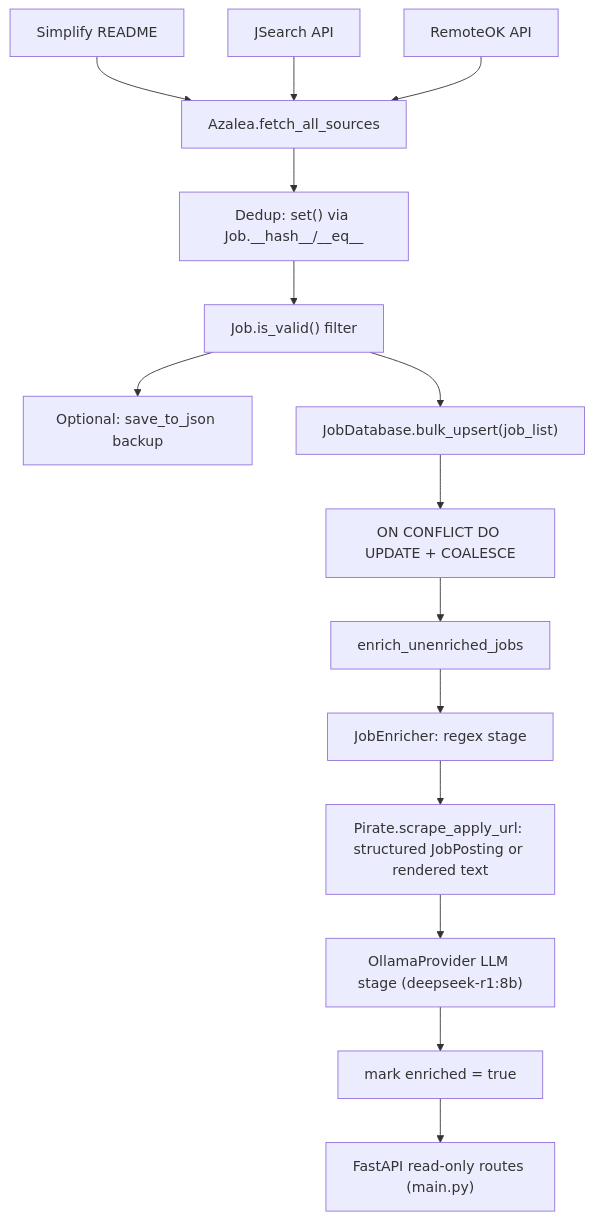
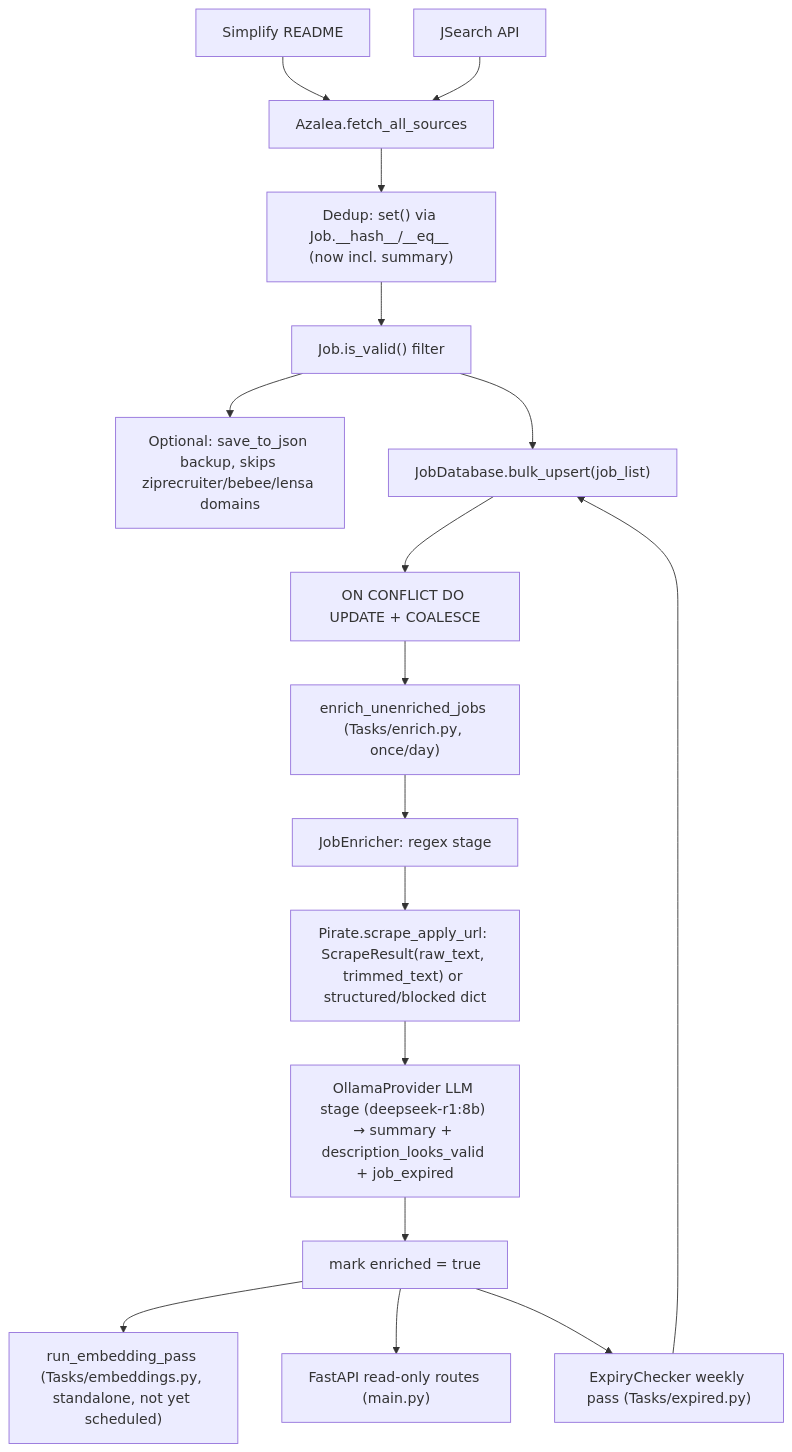
The diagram in wiki/Architecture.md (AustinDwomoh/libra), drawn with Mermaid before and after one commit. The commit also changed other lines of this file and 26 other files, not shown here.

````diff
--- a/wiki/Architecture.md
+++ b/wiki/Architecture.md
@@ -5,17 +5,19 @@
 ```mermaid
 flowchart TD
     A[Simplify README] --> D[Azalea.fetch_all_sources]
     B[JSearch API] --> D
-    C[RemoteOK API] --> D
-    D --> E["Dedup: set() via Job.__hash__/__eq__"]
+    D --> E["Dedup: set() via Job.__hash__/__eq__ (now incl. summary)"]
     E --> F["Job.is_valid() filter"]
-    F --> G[Optional: save_to_json backup]
+    F --> G[Optional: save_to_json backup, skips ziprecruiter/bebee/lensa domains]
     F --> H["JobDatabase.bulk_upsert(job_list)"]
     H --> I["ON CONFLICT DO UPDATE + COALESCE"]
-    I --> J[enrich_unenriched_jobs]
+    I --> J["enrich_unenriched_jobs (Tasks/enrich.py, once/day)"]
     J --> K["JobEnricher: regex stage"]
-    K --> L["Pirate.scrape_apply_url: structured JobPosting or rendered text"]
-    L --> M["OllamaProvider LLM stage (deepseek-r1:8b)"]
+    K --> L["Pirate.scrape_apply_url: ScrapeResult(raw_text, trimmed_text) or structured/blocked dict"]
+    L --> M["OllamaProvider LLM stage (deepseek-r1:8b) → summary + description_looks_valid + job_expired"]
     M --> N["mark enriched = true"]
-    N --> O["FastAPI read-only routes (main.py)"]
+    N --> O["run_embedding_pass (Tasks/embeddings.py, standalone, not yet scheduled)"]
+    N --> P["FastAPI read-only routes (main.py)"]
+    N --> Q["ExpiryChecker weekly pass (Tasks/expired.py)"]
+    Q --> H
 ```
````
